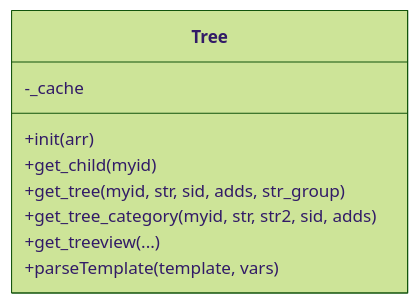
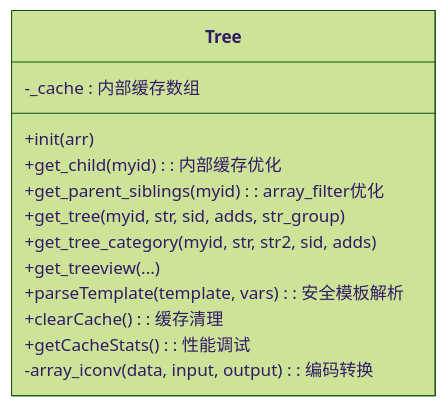
One commit to lirongyaoper/lryblog.com changed the fourth of 8 diagrams in .qoder/repowiki/zh/content/系统架构/模块化设计/后台管理模块/分类管理.md. Above: the diagram before and after it, drawn with Mermaid (forest theme). The commit also changed other lines of this file and 14 other files, not shown here.

````diff
--- a/.qoder/repowiki/zh/content/系统架构/模块化设计/后台管理模块/分类管理.md
+++ b/.qoder/repowiki/zh/content/系统架构/模块化设计/后台管理模块/分类管理.md
@@ -188,12 +279,16 @@
 ```mermaid
 classDiagram
 class Tree {
 +init(arr)
-+get_child(myid)
++get_child(myid) : 内部缓存优化
++get_parent_siblings(myid) : array_filter优化
 +get_tree(myid, str, sid, adds, str_group)
 +get_tree_category(myid, str, str2, sid, adds)
 +get_treeview(...)
-+parseTemplate(template, vars)
--_cache
++parseTemplate(template, vars) : 安全模板解析
++clearCache() : 缓存清理
++getCacheStats() : 性能调试
+-array_iconv(data, input, output) : 编码转换
+-_cache : 内部缓存数组
 }
 ```
````
